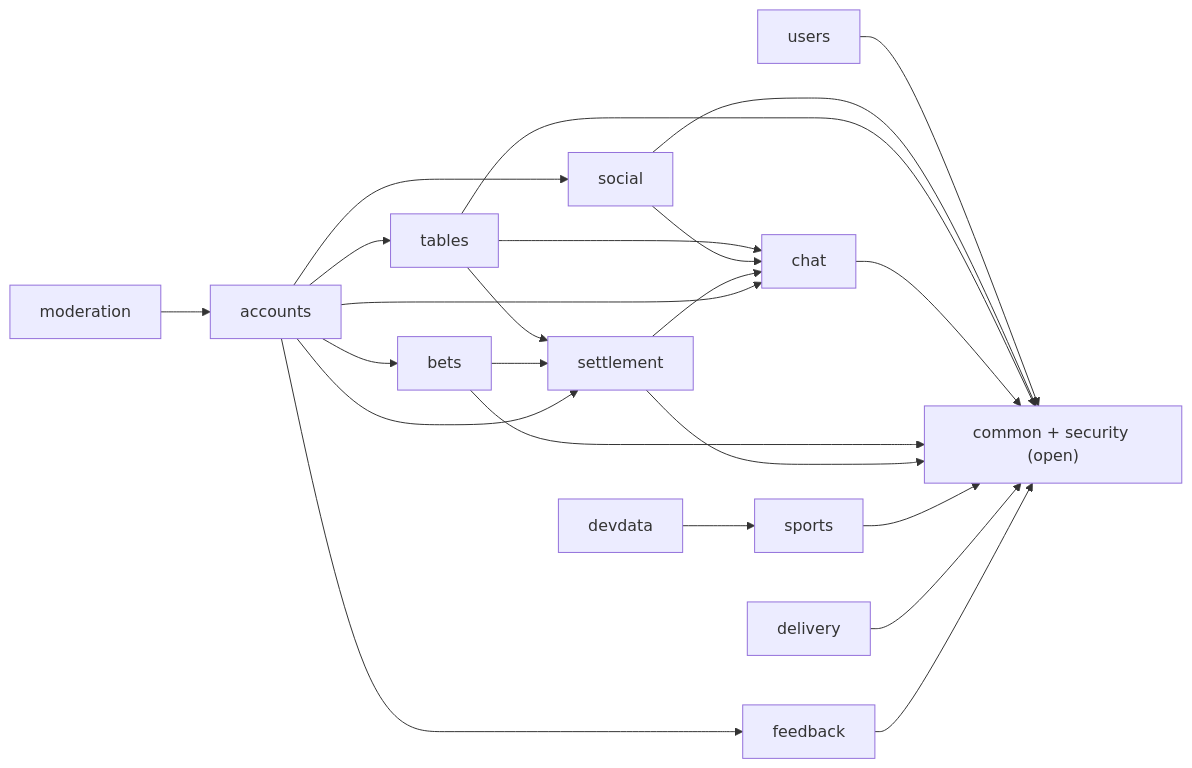
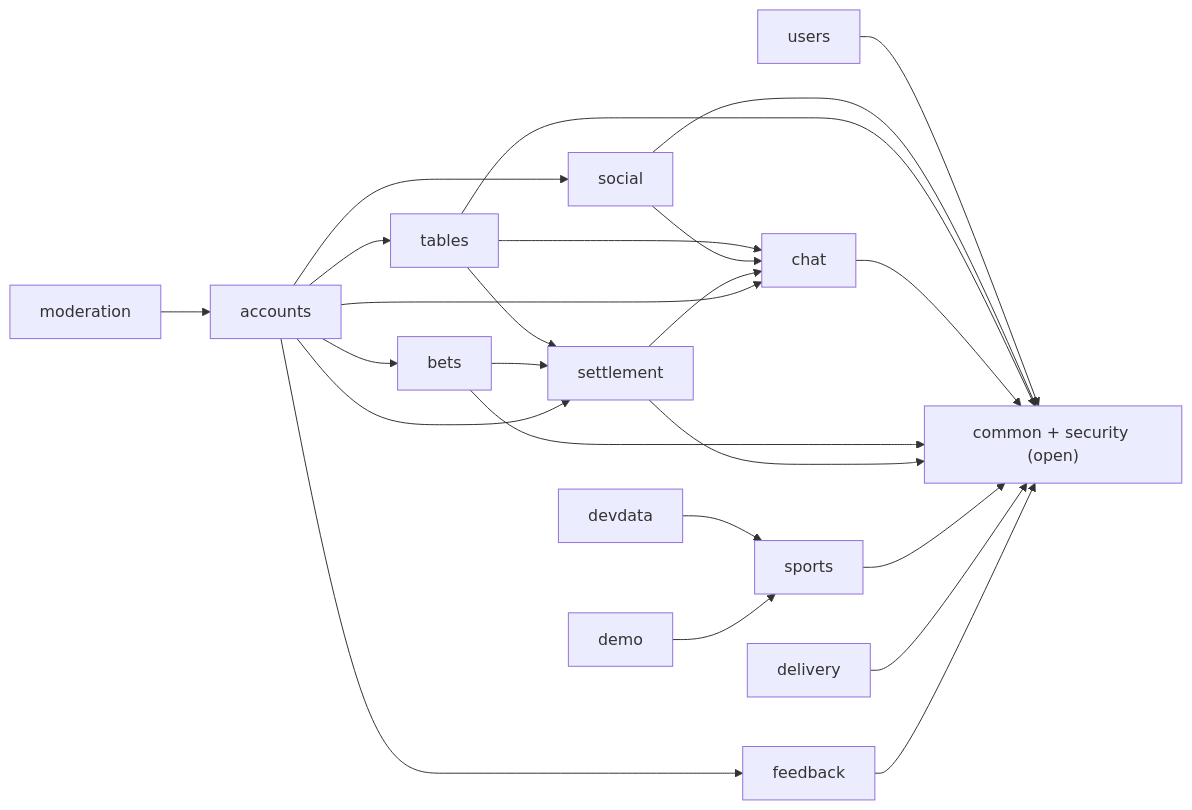
The second of 3 diagrams in docs/site/architecture.md (jackhudsonnnn/PVPicks), drawn with Mermaid before and after one commit. The commit also changed other lines of this file and 46 other files, not shown here.

````diff
--- a/docs/site/architecture.md
+++ b/docs/site/architecture.md
@@ -33,12 +33,13 @@
 ```mermaid
 flowchart LR
   tables --> chat
   tables --> settlement
   social --> chat
   settlement --> chat
   bets --> settlement
   accounts --> tables & chat & social & feedback & settlement & bets
   moderation --> accounts
   devdata --> sports
+  demo --> sports
   users & social & tables & chat & bets & settlement & sports & delivery & feedback --> shared["common + security (open)"]
 ```
````
